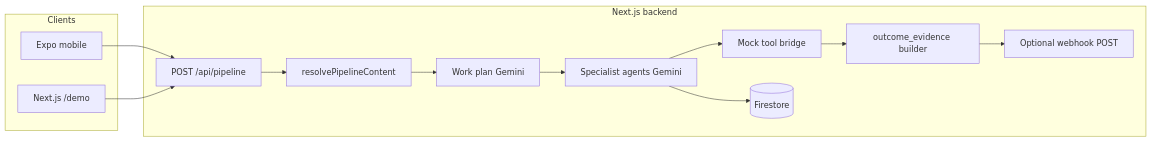
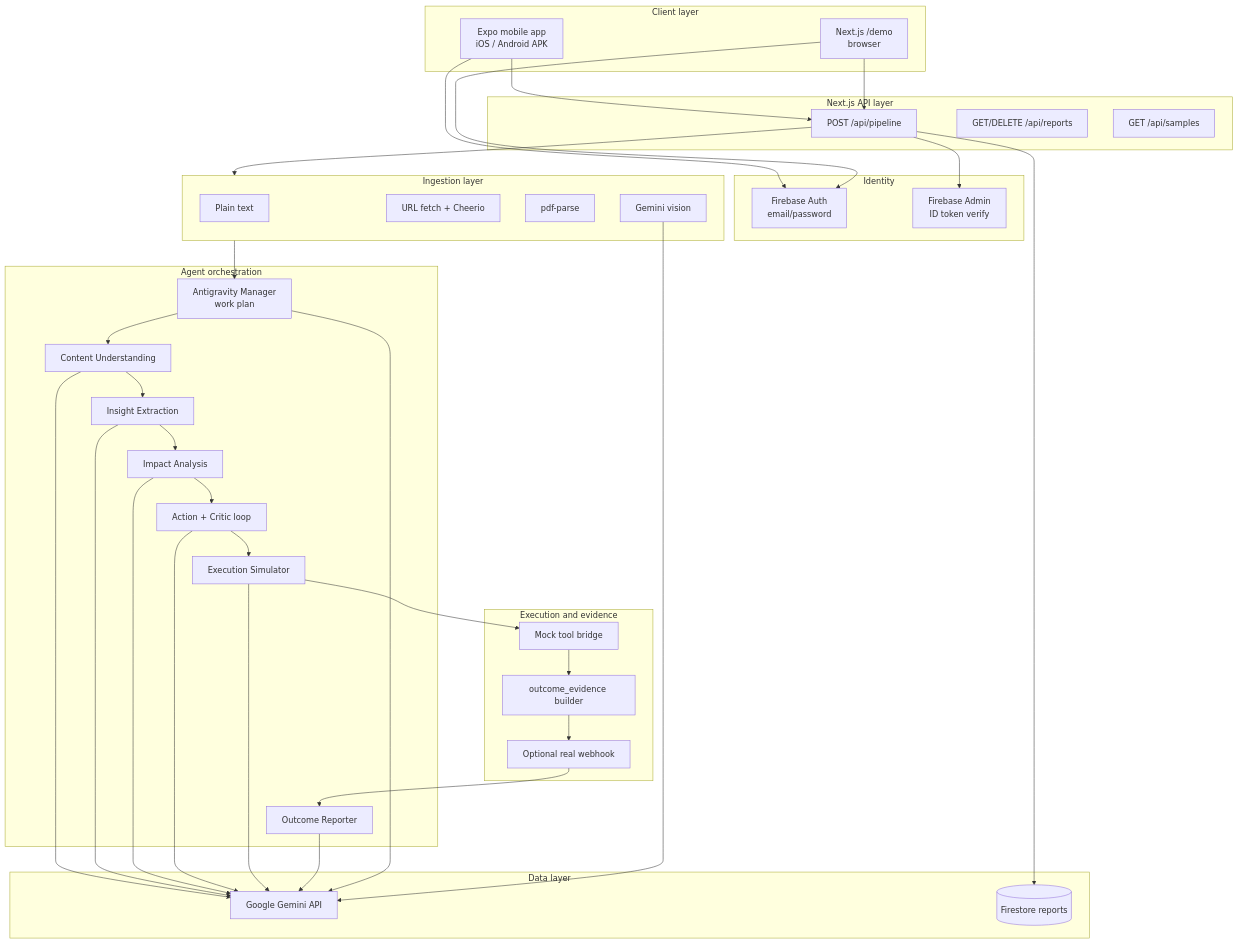
The diagram in Readme.md (MAbdullahWaqar/Autonomous_Content_To_Action_Agent), drawn with Mermaid before and after one commit. The commit also changed other lines of this file, not shown here.

````diff
--- a/Readme.md
+++ b/Readme.md
@@ -69,23 +111,57 @@
 ```mermaid
-flowchart LR
-  subgraph clients [Clients]
-    M[Expo mobile]
-    W[Next.js /demo]
+flowchart TB
+  subgraph clients [Client layer]
+    M[Expo mobile app\niOS / Android APK]
+    W[Next.js /demo\nbrowser]
   end
 
-  subgraph backend [Next.js backend]
-    API["POST /api/pipeline"]
-    ING[resolvePipelineContent]
-    WP[Work plan Gemini]
-    A1A6[Specialist agents Gemini]
+  subgraph auth [Identity]
+    FA[Firebase Auth\nemail/password]
+    FAD[Firebase Admin\nID token verify]
+  end
+
+  subgraph api [Next.js API layer]
+    P["POST /api/pipeline"]
+    R["GET/DELETE /api/reports"]
+    S["GET /api/samples"]
+  end
+
+  subgraph ingest [Ingestion layer]
+    T[Plain text]
+    U[URL fetch + Cheerio]
+    PDF[pdf-parse]
+    IMG[Gemini vision]
+  end
+
+  subgraph orchestration [Agent orchestration]
+    WP[Antigravity Manager\nwork plan]
+    A1[Content Understanding]
+    A2[Insight Extraction]
+    A3[Impact Analysis]
+    A4[Action + Critic loop]
+    A5[Execution Simulator]
+    A6[Outcome Reporter]
+  end
+
+  subgraph execution [Execution and evidence]
     TB[Mock tool bridge]
     EV[outcome_evidence builder]
-    WH[Optional webhook POST]
-    FS[(Firestore)]
+    WH[Optional real webhook]
   end
 
-  M --> API
-  W --> API
-  API --> ING --> WP --> A1A6 --> TB --> EV --> WH
-  A1A6 --> FS
+  subgraph data [Data layer]
+    GEM[Google Gemini API]
+    FS[(Firestore reports)]
+  end
+
+  M --> FA
+  W --> FA
+  M --> P
+  W --> P
+  P --> FAD
+  P --> ingest
+  ingest --> WP --> A1 --> A2 --> A3 --> A4 --> A5 --> TB --> EV --> WH --> A6
+  A1 & A2 & A3 & A4 & A5 & A6 & WP --> GEM
+  IMG --> GEM
+  P --> FS
 ```
````
